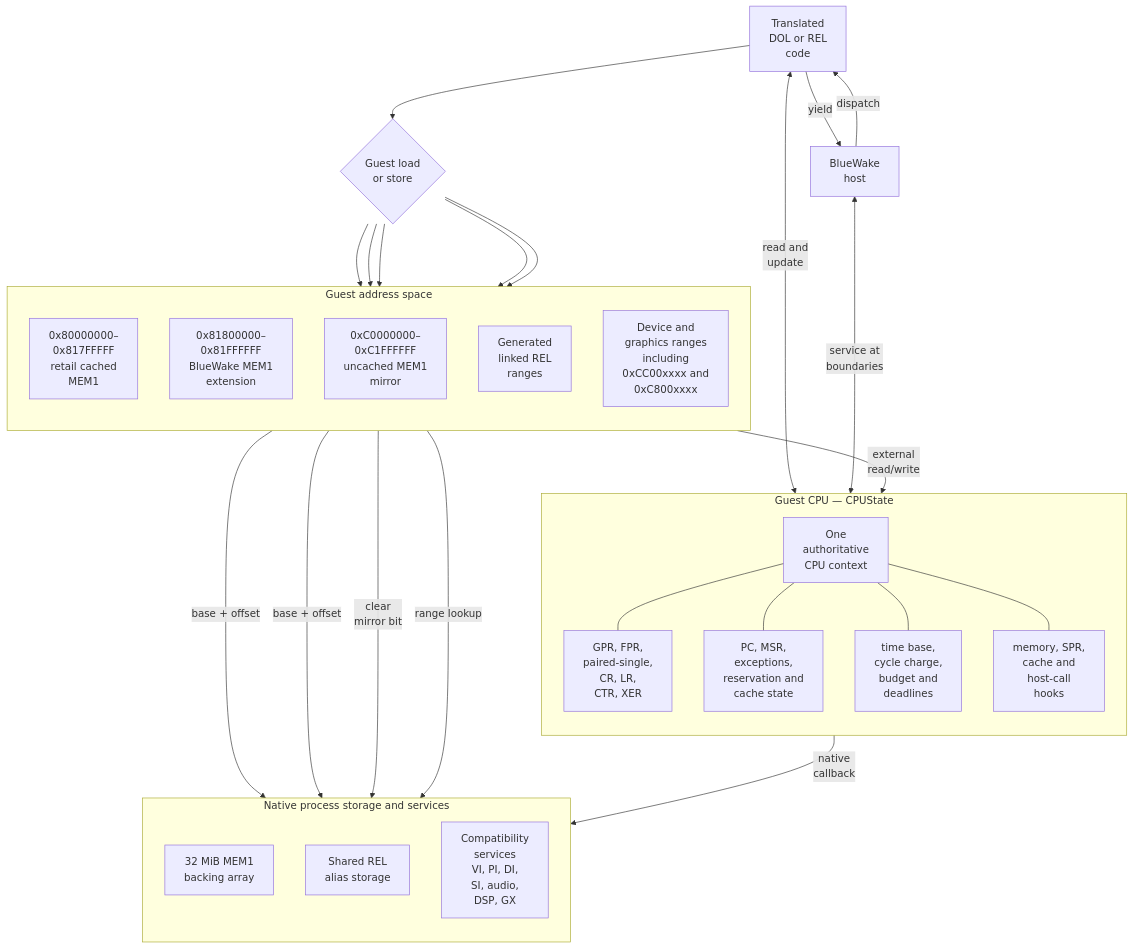
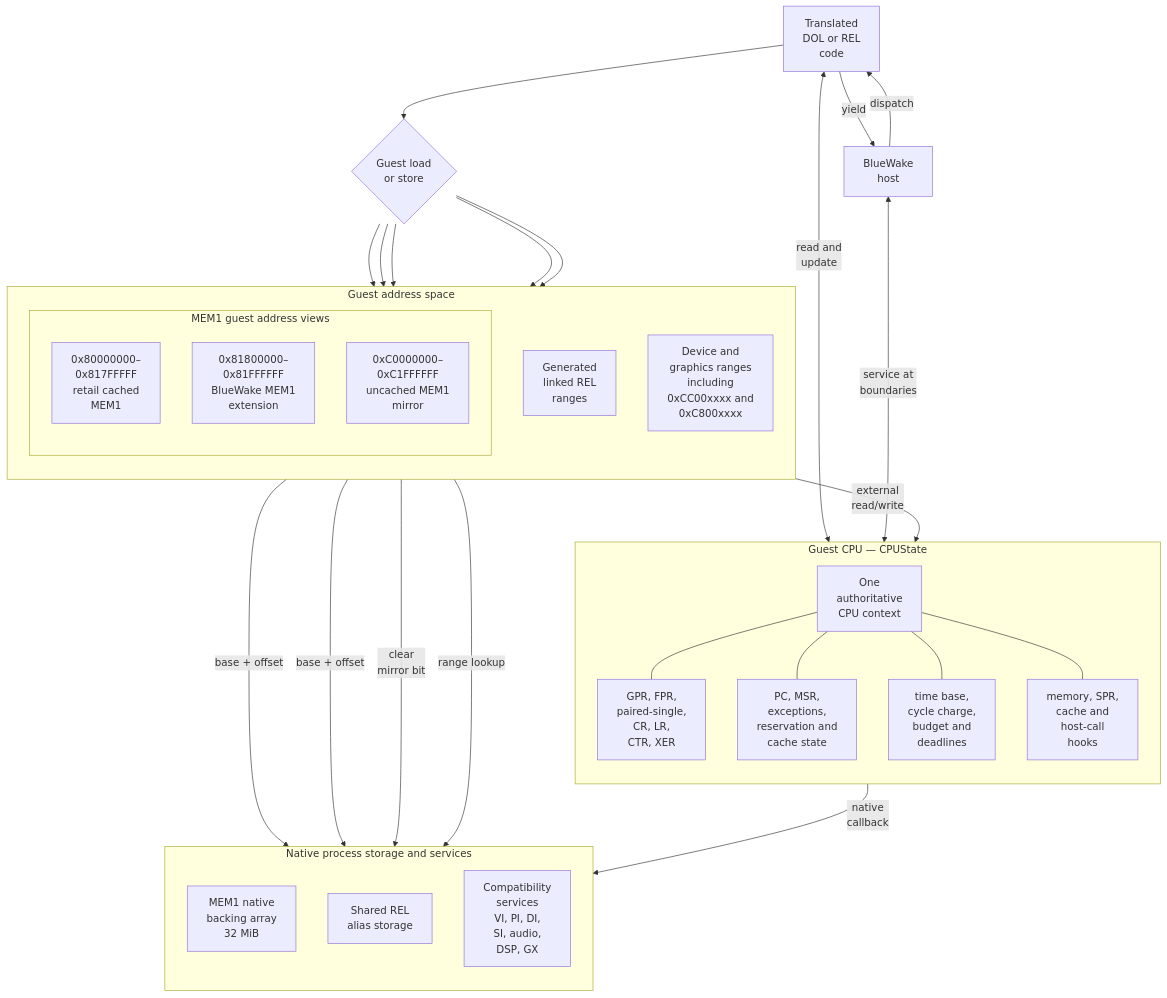
The first of 5 diagrams in docs/architecture/GuestState.md (Aelbannan/boat_of_daphnes), drawn with Mermaid before and after one commit.

Commit message:
docs: label MEM1 in guest-state diagram

```diff
--- a/docs/architecture/GuestState.md
+++ b/docs/architecture/GuestState.md
@@ -98,18 +98,21 @@
 
     subgraph Space["Guest address space"]
         direction TB
-        Retail["`0x80000000–
+        subgraph MEM1["MEM1 guest address views"]
+            direction TB
+            Retail["`0x80000000–
 0x817FFFFF
 retail cached
 MEM1`"]
-        Extended["`0x81800000–
+            Extended["`0x81800000–
 0x81FFFFFF
 BlueWake MEM1
 extension`"]
-        Mirror["`0xC0000000–
+            Mirror["`0xC0000000–
 0xC1FFFFFF
 uncached MEM1
 mirror`"]
+        end
         REL["`Generated
 linked REL
 ranges`"]
@@ -122,8 +125,9 @@
 
     subgraph Native["Native process storage and services"]
         direction TB
-        RAM["`32 MiB MEM1
-backing array`"]
+        RAM["`MEM1 native
+backing array
+32 MiB`"]
         Alias["`Shared REL
 alias storage`"]
         Devices["`Compatibility
```
